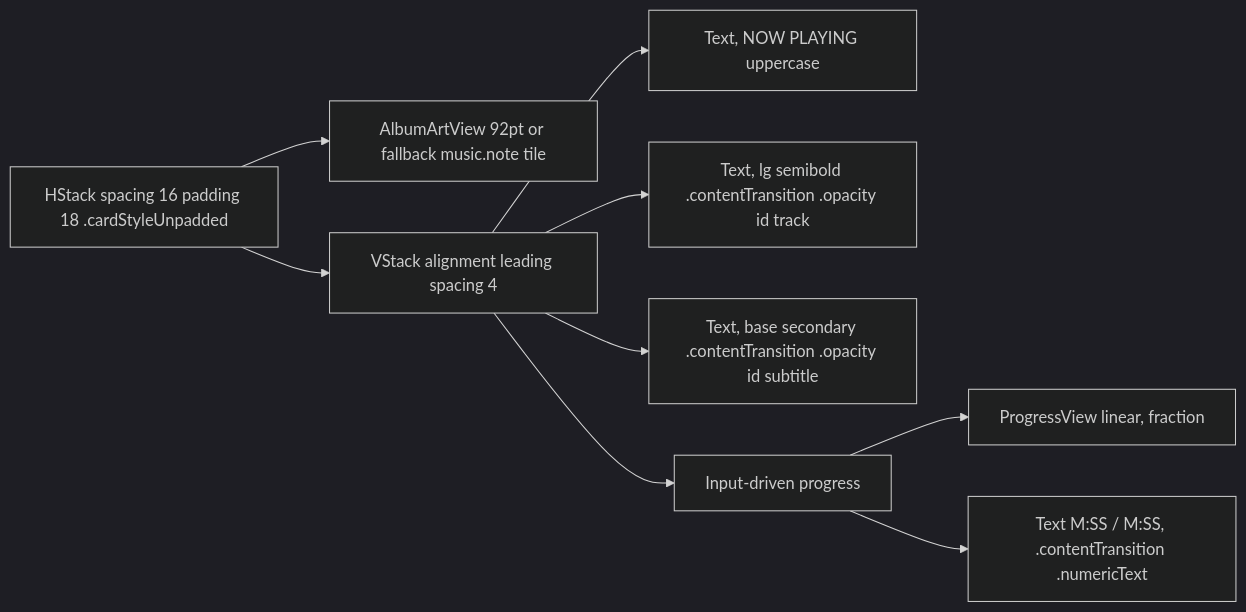
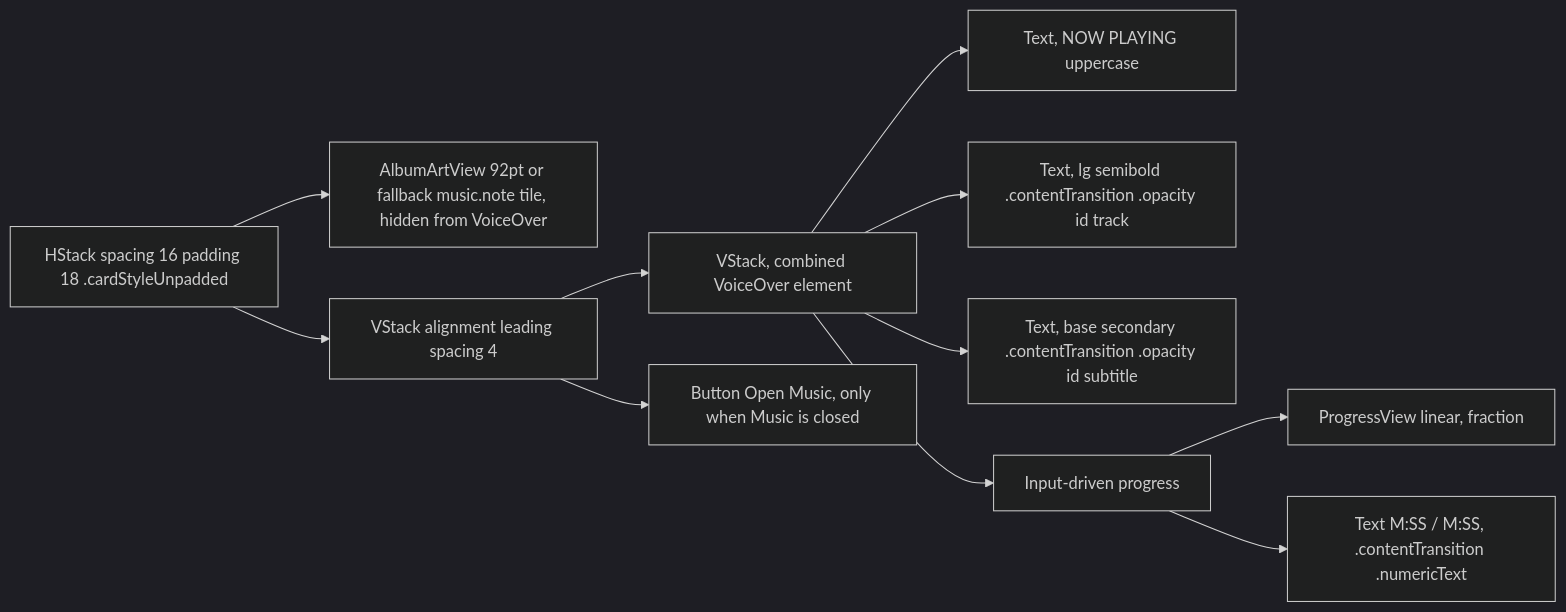
Before and after one commit to MrDemonWolf/wolfwave: the diagram in design-system/components/now-playing-hero-card.md, drawn with Mermaid (dark theme). The commit also changed other lines of this file and 169 other files, not shown here.

````diff
--- a/design-system/components/now-playing-hero-card.md
+++ b/design-system/components/now-playing-hero-card.md
@@ -50,11 +50,13 @@
 ```mermaid
 graph LR
-  Card[HStack spacing 16 padding 18 .cardStyleUnpadded] --> Art[AlbumArtView 92pt or fallback music.note tile]
-  Card --> Text[VStack alignment leading spacing 4]
+  Card[HStack spacing 16 padding 18 .cardStyleUnpadded] --> Art[AlbumArtView 92pt or fallback music.note tile, hidden from VoiceOver]
+  Card --> Column[VStack alignment leading spacing 4]
+  Column --> Text[VStack, combined VoiceOver element]
+  Column --> Open[Button Open Music, only when Music is closed]
   Text --> Eyebrow[Text, NOW PLAYING uppercase]
   Text --> Title[Text, lg semibold .contentTransition .opacity id track]
   Text --> Subtitle[Text, base secondary .contentTransition .opacity id subtitle]
   Text --> Progress[Input-driven progress]
   Progress --> Bar[ProgressView linear, fraction]
   Progress --> Stamp[Text M:SS / M:SS, .contentTransition .numericText]
 ```
````
